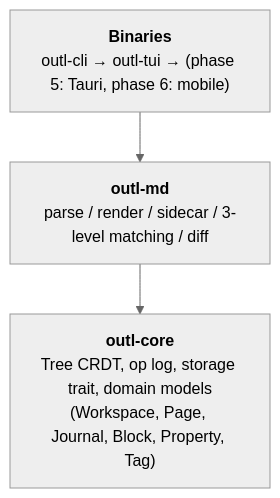
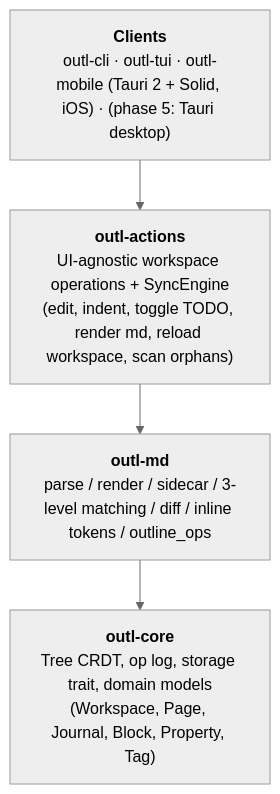
Before and after one commit to avelino/outl: the first of 3 diagrams in docs/architecture.md, drawn with Mermaid (neutral theme). The commit also changed other lines of this file and 10 other files, not shown here.

First line of the commit message:
Update docs to match the shared-client architecture

````diff
--- a/docs/architecture.md
+++ b/docs/architecture.md
@@ -9,8 +9,8 @@
 ```mermaid
 flowchart TB
-    bins["<b>Binaries</b><br/>outl-cli → outl-tui → (phase 5: Tauri, phase 6: mobile)"]
-    md["<b>outl-md</b><br/>parse / render / sidecar / 3-level matching / diff"]
+    bins["<b>Clients</b><br/>outl-cli · outl-tui · outl-mobile (Tauri 2 + Solid, iOS) · (phase 5: Tauri desktop)"]
+    actions["<b>outl-actions</b><br/>UI-agnostic workspace operations + SyncEngine<br/>(edit, indent, toggle TODO, render md, reload workspace, scan orphans)"]
+    md["<b>outl-md</b><br/>parse / render / sidecar / 3-level matching / diff / inline tokens / outline_ops"]
     core["<b>outl-core</b><br/>Tree CRDT, op log, storage trait, domain models<br/>(Workspace, Page, Journal, Block, Property, Tag)"]
-    bins --> md
-    md --> core
+    bins --> actions --> md --> core
 ```
````
